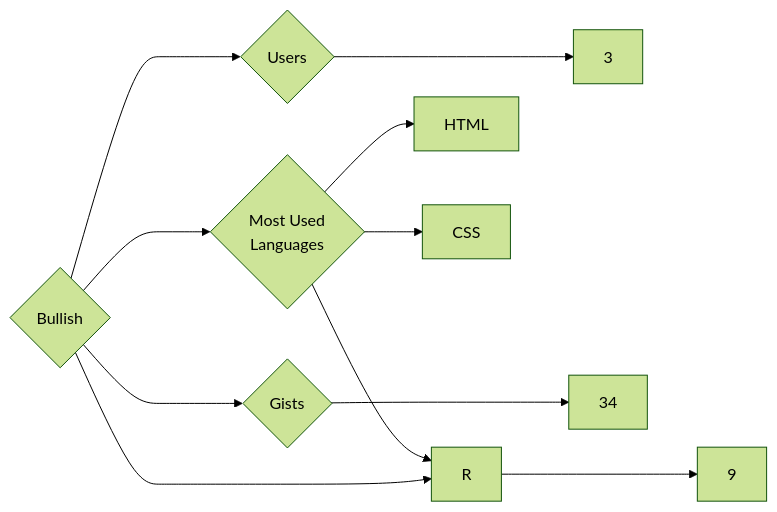
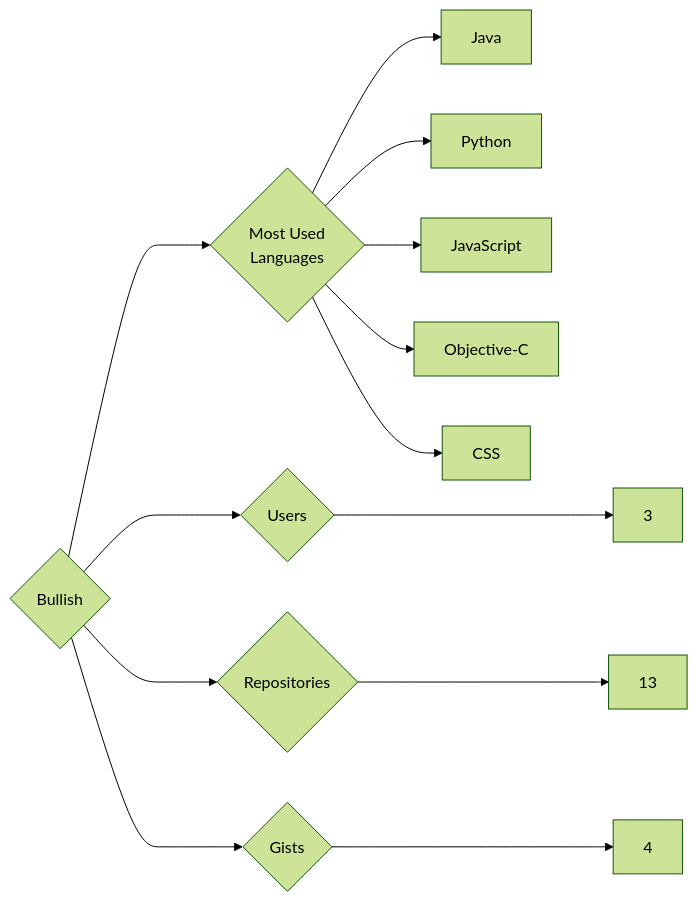
Before and after one commit to trickest/insiders: the diagram in targets/Bullish/README.md, drawn with Mermaid (forest theme). The commit also changed 1089 other files, not shown here.

````diff
--- a/targets/Bullish/README.md
+++ b/targets/Bullish/README.md
@@ -3,11 +3,13 @@
 ```mermaid
 graph LR
 COMPANY_NAME{Bullish}
 COMPANY_NAME ---> U{Users} ---> UN[3]
-COMPANY_NAME ---> R{Repositories} ---> RN[9]
-COMPANY_NAME ---> G{Gists} ---> GN[34]
+COMPANY_NAME ---> R{Repositories} ---> RN[13]
+COMPANY_NAME ---> G{Gists} ---> GN[4]
 COMPANY_NAME ---> ML{Most Used<br>Languages}
-ML --> HTML[HTML]
-ML --> R[R]
+ML --> Java[Java]
+ML --> Python[Python]
+ML --> JavaScript[JavaScript]
+ML --> Objective-C[Objective-C]
 ML --> CSS[CSS]
 ```
````
